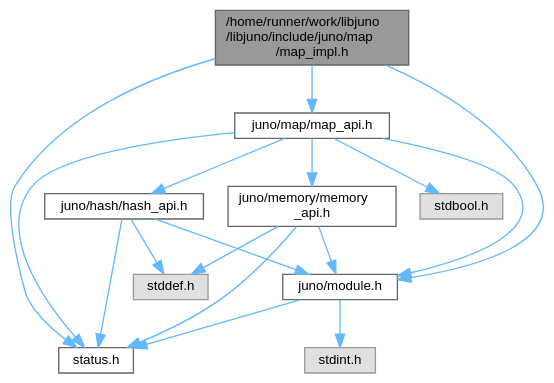
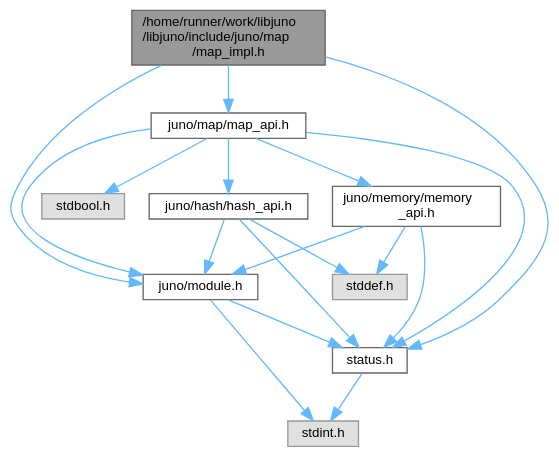
One commit to robinonsay/libjuno changed the diagram in map__impl_8h__incl.dot. Above: the diagram before and after it, drawn with Graphviz. The commit also changed 259 other files, not shown here.

```diff
--- a/map__impl_8h__incl.dot
+++ b/map__impl_8h__incl.dot
@@ -1,32 +1,33 @@
 digraph "/home/runner/work/libjuno/libjuno/include/juno/map/map_impl.h"
 {
  // LATEX_PDF_SIZE
   bgcolor="transparent";
   edge [fontname=Helvetica,fontsize=10,labelfontname=Helvetica,labelfontsize=10];
   node [fontname=Helvetica,fontsize=10,shape=box,height=0.2,width=0.4];
   Node1 [id="Node000001",label="/home/runner/work/libjuno\l/libjuno/include/juno/map\l/map_impl.h",height=0.2,width=0.4,color="gray40", fillcolor="grey60", style="filled", fontcolor="black",tooltip=" "];
   Node1 -> Node2 [id="edge1_Node000001_Node000002",color="steelblue1",style="solid",tooltip=" "];
   Node2 [id="Node000002",label="juno/module.h",height=0.2,width=0.4,color="grey40", fillcolor="white", style="filled",URL="$module_8h.html",tooltip=" "];
   Node2 -> Node3 [id="edge2_Node000002_Node000003",color="steelblue1",style="solid",tooltip=" "];
   Node3 [id="Node000003",label="status.h",height=0.2,width=0.4,color="grey40", fillcolor="white", style="filled",URL="$status_8h.html",tooltip=" "];
-  Node2 -> Node4 [id="edge3_Node000002_Node000004",color="steelblue1",style="solid",tooltip=" "];
+  Node3 -> Node4 [id="edge3_Node000003_Node000004",color="steelblue1",style="solid",tooltip=" "];
   Node4 [id="Node000004",label="stdint.h",height=0.2,width=0.4,color="grey60", fillcolor="#E0E0E0", style="filled",tooltip=" "];
-  Node1 -> Node3 [id="edge4_Node000001_Node000003",color="steelblue1",style="solid",tooltip=" "];
-  Node1 -> Node5 [id="edge5_Node000001_Node000005",color="steelblue1",style="solid",tooltip=" "];
+  Node2 -> Node4 [id="edge4_Node000002_Node000004",color="steelblue1",style="solid",tooltip=" "];
+  Node1 -> Node3 [id="edge5_Node000001_Node000003",color="steelblue1",style="solid",tooltip=" "];
+  Node1 -> Node5 [id="edge6_Node000001_Node000005",color="steelblue1",style="solid",tooltip=" "];
   Node5 [id="Node000005",label="juno/map/map_api.h",height=0.2,width=0.4,color="grey40", fillcolor="white", style="filled",URL="$map__api_8h.html",tooltip=" "];
-  Node5 -> Node6 [id="edge6_Node000005_Node000006",color="steelblue1",style="solid",tooltip=" "];
+  Node5 -> Node6 [id="edge7_Node000005_Node000006",color="steelblue1",style="solid",tooltip=" "];
   Node6 [id="Node000006",label="juno/hash/hash_api.h",height=0.2,width=0.4,color="grey40", fillcolor="white", style="filled",URL="$hash__api_8h.html",tooltip=" "];
-  Node6 -> Node3 [id="edge7_Node000006_Node000003",color="steelblue1",style="solid",tooltip=" "];
-  Node6 -> Node2 [id="edge8_Node000006_Node000002",color="steelblue1",style="solid",tooltip=" "];
-  Node6 -> Node7 [id="edge9_Node000006_Node000007",color="steelblue1",style="solid",tooltip=" "];
+  Node6 -> Node3 [id="edge8_Node000006_Node000003",color="steelblue1",style="solid",tooltip=" "];
+  Node6 -> Node2 [id="edge9_Node000006_Node000002",color="steelblue1",style="solid",tooltip=" "];
+  Node6 -> Node7 [id="edge10_Node000006_Node000007",color="steelblue1",style="solid",tooltip=" "];
   Node7 [id="Node000007",label="stddef.h",height=0.2,width=0.4,color="grey60", fillcolor="#E0E0E0", style="filled",tooltip=" "];
-  Node5 -> Node8 [id="edge10_Node000005_Node000008",color="steelblue1",style="solid",tooltip=" "];
+  Node5 -> Node8 [id="edge11_Node000005_Node000008",color="steelblue1",style="solid",tooltip=" "];
   Node8 [id="Node000008",label="juno/memory/memory\l_api.h",height=0.2,width=0.4,color="grey40", fillcolor="white", style="filled",URL="$memory__api_8h.html",tooltip=" "];
-  Node8 -> Node3 [id="edge11_Node000008_Node000003",color="steelblue1",style="solid",tooltip=" "];
-  Node8 -> Node2 [id="edge12_Node000008_Node000002",color="steelblue1",style="solid",tooltip=" "];
-  Node8 -> Node7 [id="edge13_Node000008_Node000007",color="steelblue1",style="solid",tooltip=" "];
-  Node5 -> Node3 [id="edge14_Node000005_Node000003",color="steelblue1",style="solid",tooltip=" "];
-  Node5 -> Node2 [id="edge15_Node000005_Node000002",color="steelblue1",style="solid",tooltip=" "];
-  Node5 -> Node9 [id="edge16_Node000005_Node000009",color="steelblue1",style="solid",tooltip=" "];
+  Node8 -> Node3 [id="edge12_Node000008_Node000003",color="steelblue1",style="solid",tooltip=" "];
+  Node8 -> Node2 [id="edge13_Node000008_Node000002",color="steelblue1",style="solid",tooltip=" "];
+  Node8 -> Node7 [id="edge14_Node000008_Node000007",color="steelblue1",style="solid",tooltip=" "];
+  Node5 -> Node3 [id="edge15_Node000005_Node000003",color="steelblue1",style="solid",tooltip=" "];
+  Node5 -> Node2 [id="edge16_Node000005_Node000002",color="steelblue1",style="solid",tooltip=" "];
+  Node5 -> Node9 [id="edge17_Node000005_Node000009",color="steelblue1",style="solid",tooltip=" "];
   Node9 [id="Node000009",label="stdbool.h",height=0.2,width=0.4,color="grey60", fillcolor="#E0E0E0", style="filled",tooltip=" "];
 }
```
